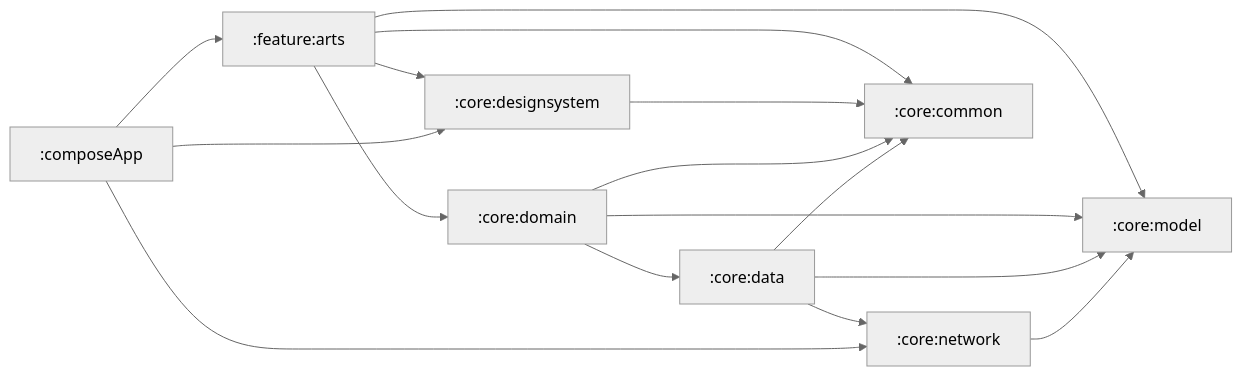
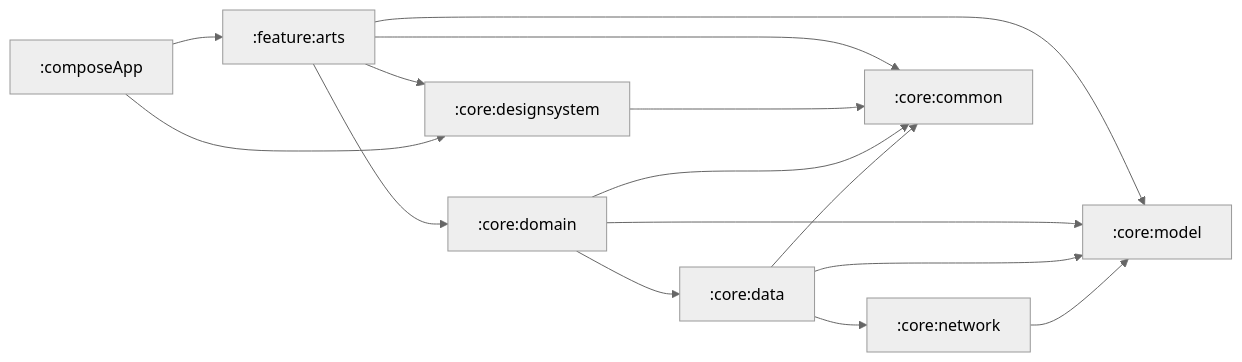
Before and after one commit to fethij/Rijksmuseum: the diagram in README.md, drawn with Mermaid. The commit also changed 5 other files, not shown here.

````diff
--- a/README.md
+++ b/README.md
@@ -79,24 +79,23 @@
 ```mermaid
 %%{
   init: {
     'theme': 'neutral'
   }
 }%%
 
 graph LR
   :composeApp --> :core:designsystem
-  :composeApp --> :core:network
   :composeApp --> :feature:arts
   :core:network --> :core:model
   :core:data --> :core:common
   :core:data --> :core:model
   :core:data --> :core:network
   :core:domain --> :core:common
   :core:domain --> :core:model
   :core:domain --> :core:data
   :core:designsystem --> :core:common
   :feature:arts --> :core:common
   :feature:arts --> :core:model
   :feature:arts --> :core:domain
   :feature:arts --> :core:designsystem
 ```
````
